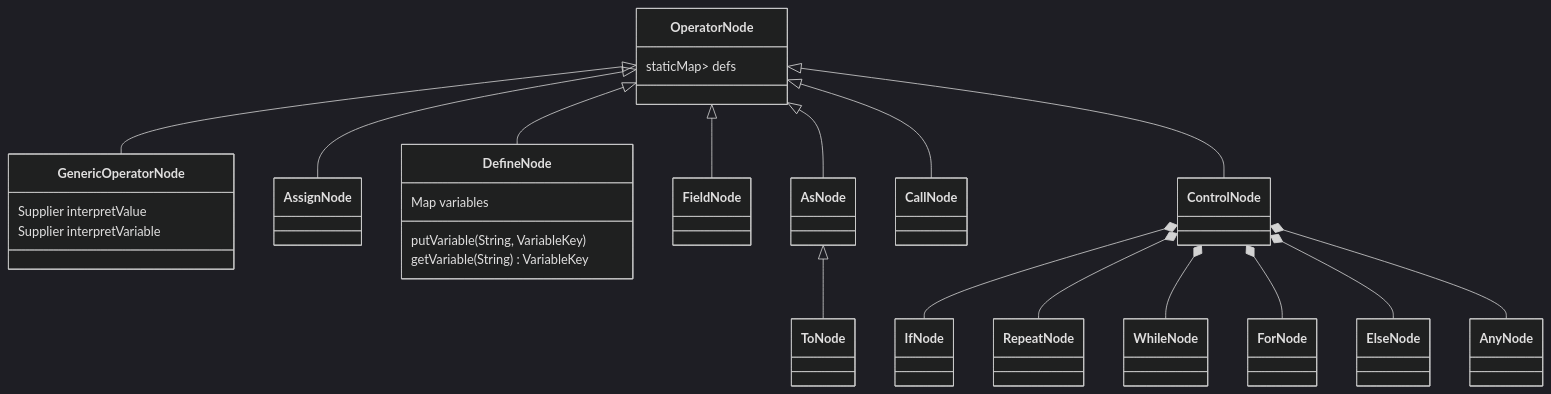
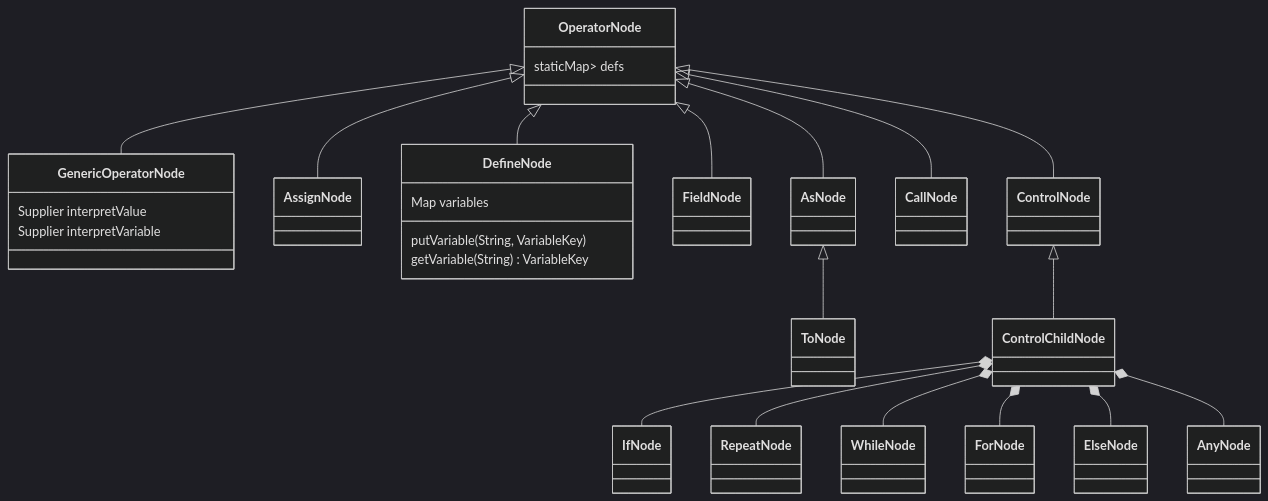
The third of 5 diagrams in Implementation.md (Jzhyang1/Monomer), drawn with Mermaid (dark theme) before and after one commit. The commit also changed other lines of this file, not shown here.

Commit message:
Implementation.md updated from https://stackedit.io/

````diff
--- a/Implementation.md
+++ b/Implementation.md
@@ -150,26 +150,27 @@
 ```mermaid
 classDiagram
 OperatorNode <|-- GenericOperatorNode
 OperatorNode <|-- AssignNode
 OperatorNode <|-- DefineNode
 OperatorNode <|-- FieldNode
 OperatorNode <|-- AsNode
 AsNode <|-- ToNode
 OperatorNode <|-- CallNode
 OperatorNode <|-- ControlNode
-ControlNode *-- IfNode
-ControlNode *-- RepeatNode
-ControlNode *-- WhileNode
-ControlNode *-- ForNode
-ControlNode *-- ElseNode
-ControlNode *-- AnyNode
+ControlNode <|-- ControlChildNode
+ControlChildNode *-- IfNode
+ControlChildNode *-- RepeatNode
+ControlChildNode *-- WhileNode
+ControlChildNode *-- ForNode
+ControlChildNode *-- ElseNode
+ControlChildNode *-- AnyNode
 
 OperatorNode: staticMap<String,Supplier<OperatorNode>> defs
 
 GenericOperatorNode: Supplier<InterpretValue> interpretValue
 GenericOperatorNode: Supplier<InterpretVariable> interpretVariable
 
 DefineNode: Map<String,VariableKey> variables
 DefineNode: putVariable(String, VariableKey)
 DefineNode: getVariable(String) VariableKey
 ```
````
